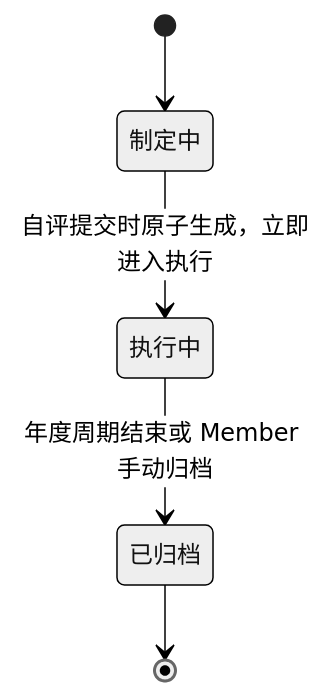
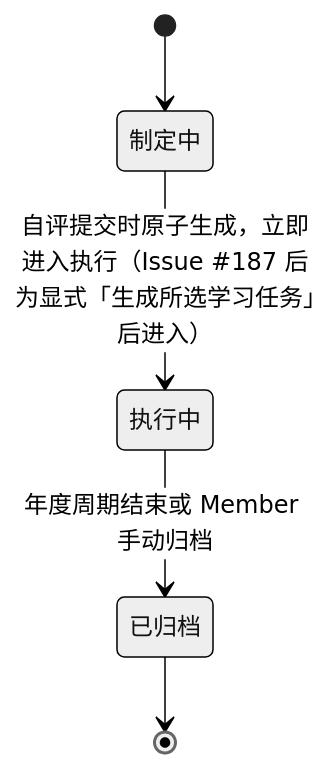
The eighth of 11 diagrams in docs/02_Design.md (yinhui198456/team-capability-platform), drawn with Mermaid (neutral theme) before and after one commit. The commit also changed other lines of this file and 24 other files, not shown here.

````diff
--- a/docs/02_Design.md
+++ b/docs/02_Design.md
@@ -354,7 +364,7 @@
 ```mermaid
 stateDiagram-v2
     [*] --> 制定中
-    制定中 --> 执行中 : 自评提交时原子生成，立即进入执行
+    制定中 --> 执行中 : 自评提交时原子生成，立即进入执行（Issue #187 后为显式「生成所选学习任务」后进入）
     执行中 --> 已归档 : 年度周期结束或 Member 手动归档
     已归档 --> [*]
 ```
````
